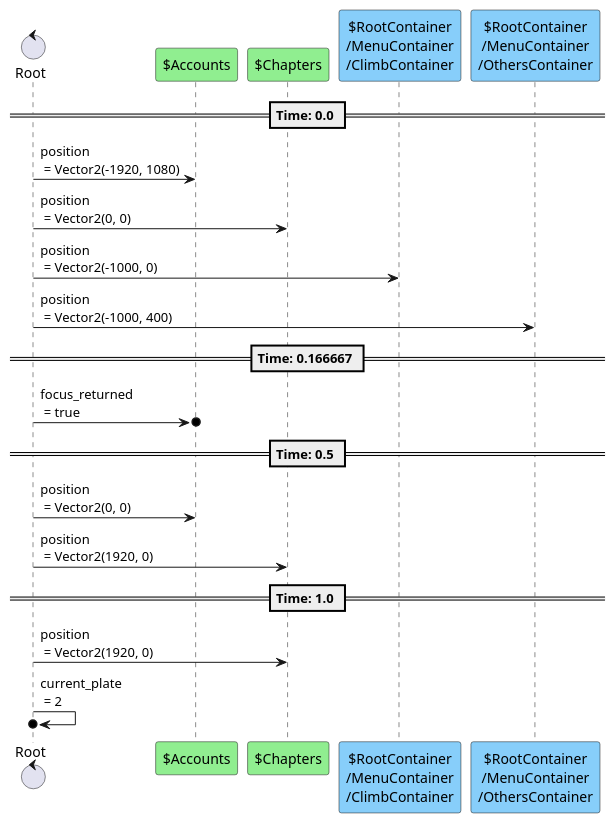
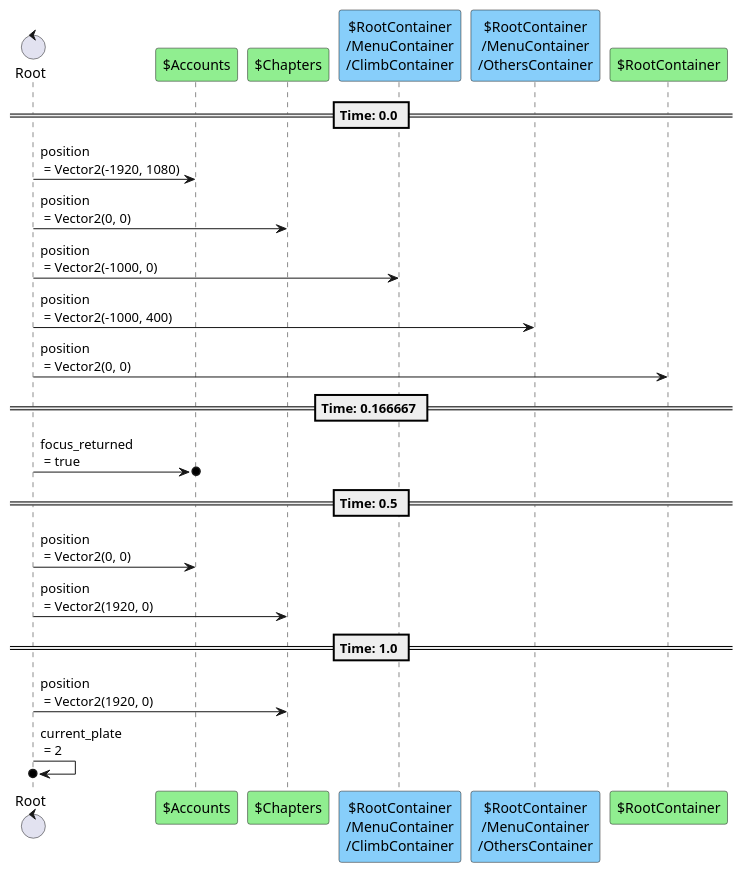
One commit to tkmfujise/Platformer-Game-Learning changed the third of 10 diagrams in content/scenes/src/beginning/menu/menu.tscn.adoc. Above: the diagram before and after it, drawn with PlantUML. The commit also changed other lines of this file and 322 other files, not shown here.

```diff
--- a/content/scenes/src/beginning/menu/menu.tscn.adoc
+++ b/content/scenes/src/beginning/menu/menu.tscn.adoc
@@ -412,26 +415,28 @@
 [plantuml]
 ....
 control "Root" as R
 participant "$Accounts" as T0 #90EE90
 participant "$Chapters" as T1 #90EE90
 participant "$RootContainer\n/MenuContainer\n/ClimbContainer" as T2 #87CEFA
 participant "$RootContainer\n/MenuContainer\n/OthersContainer" as T3 #87CEFA
+participant "$RootContainer" as T6 #90EE90
 
 
 
 == Time: 0.0 ==
 R  ->  T0 : position\n = Vector2(-1920, 1080)
 R  ->  T1 : position\n = Vector2(0, 0)
 R  ->  T2 : position\n = Vector2(-1000, 0)
 R  ->  T3 : position\n = Vector2(-1000, 400)
+R  ->  T6 : position\n = Vector2(0, 0)
 == Time: 0.166667 ==
 R  ->o  T0 : focus_returned\n = true
 == Time: 0.5 ==
 R  ->  T0 : position\n = Vector2(0, 0)
 R  ->  T1 : position\n = Vector2(1920, 0)
 == Time: 1.0 ==
 R  ->  T1 : position\n = Vector2(1920, 0)
 R  ->o  R : current_plate\n = 2
 
 
 ....
```
